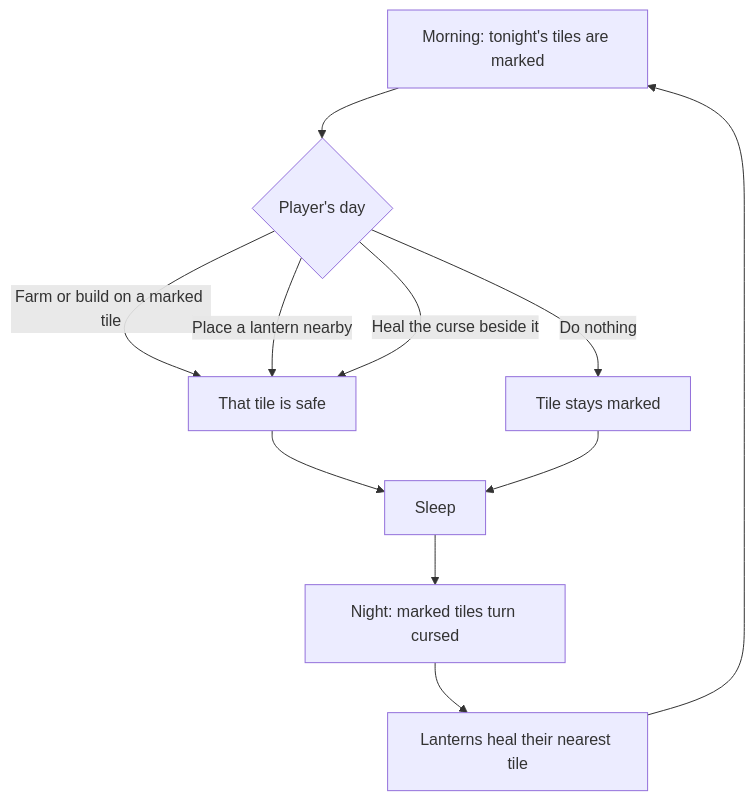
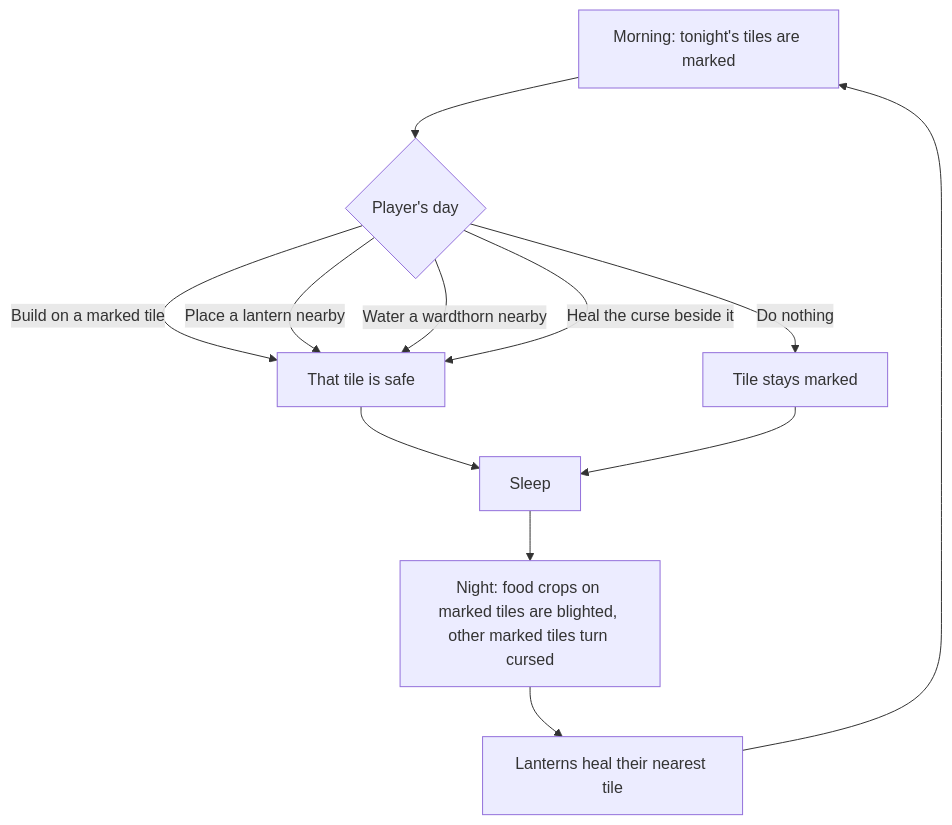
The diagram in docs/21_2026-11-07_curse-returns-test.md (sudo0x/GameDevelopments), drawn with Mermaid before and after one commit. The commit also changed other lines of this file and 8 other files, not shown here.

````diff
--- a/docs/21_2026-11-07_curse-returns-test.md
+++ b/docs/21_2026-11-07_curse-returns-test.md
@@ -13,13 +15,14 @@
 ```mermaid
 flowchart TD
 	A[Morning: tonight's tiles are marked] --> B{Player's day}
-	B -->|Farm or build on a marked tile| C[That tile is safe]
+	B -->|Build on a marked tile| C[That tile is safe]
 	B -->|Place a lantern nearby| C
+	B -->|Water a wardthorn nearby| C
 	B -->|Heal the curse beside it| C
 	B -->|Do nothing| D[Tile stays marked]
 	C --> E[Sleep]
 	D --> E
-	E --> F[Night: marked tiles turn cursed]
+	E --> F[Night: food crops on marked tiles are blighted, other marked tiles turn cursed]
 	F --> G[Lanterns heal their nearest tile]
 	G --> A
 ```
````
